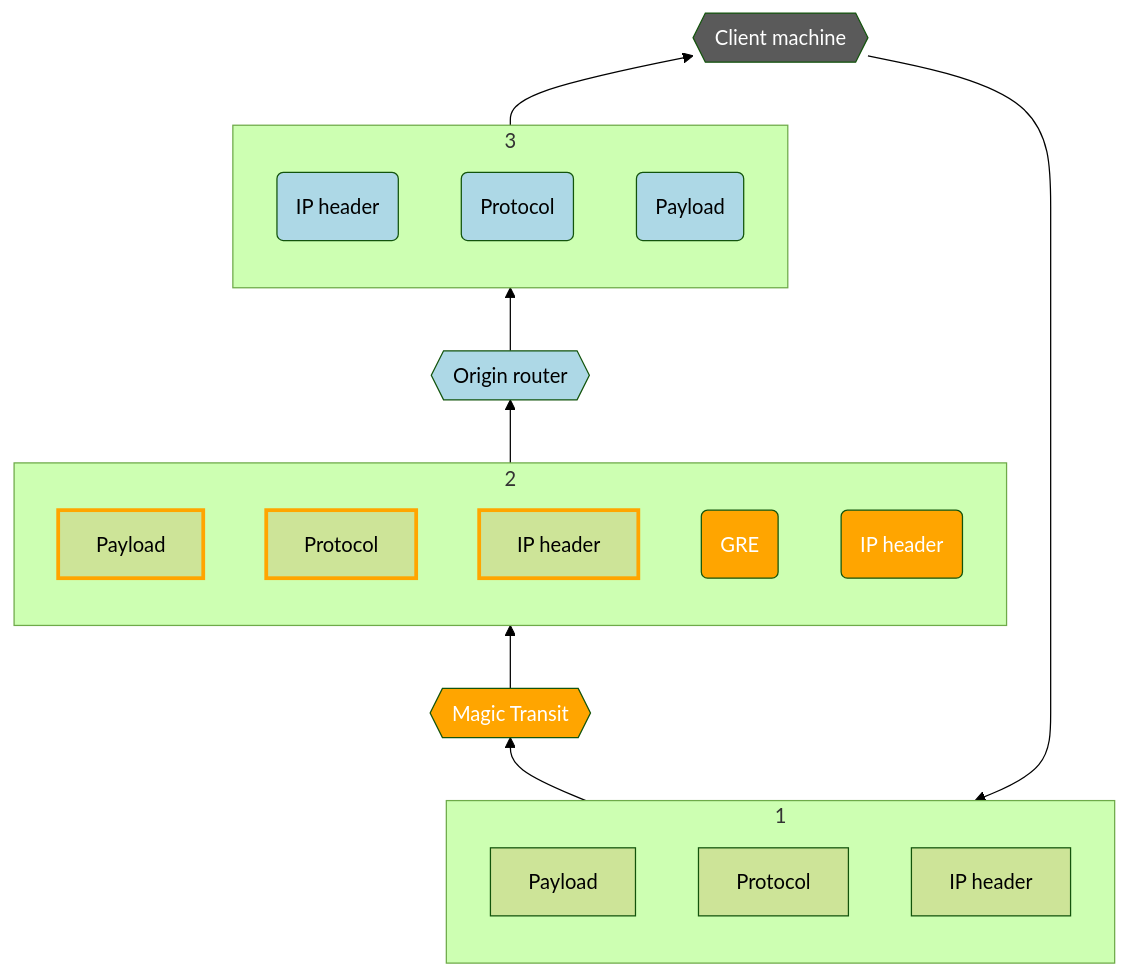
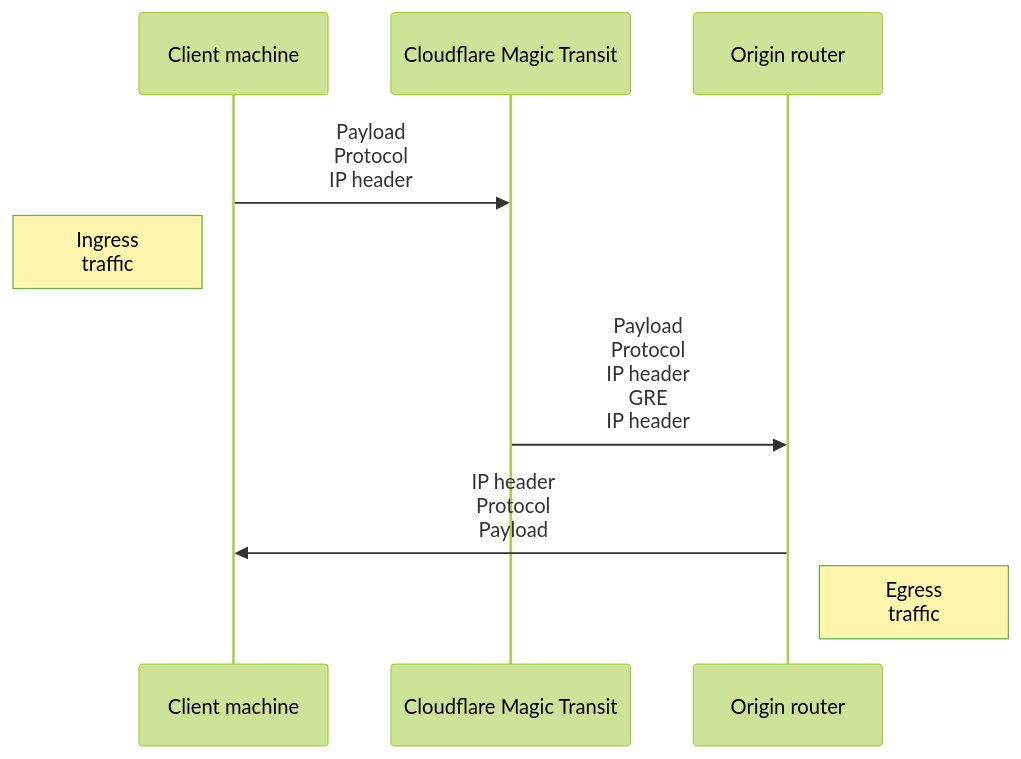
Before and after one commit to cloudflare/cloudflare-docs: the diagram in content/magic-transit/reference/tunnels-and-encapsulation.md, drawn with Mermaid (forest theme).

Commit message:
updated chart

````diff
--- a/content/magic-transit/reference/tunnels-and-encapsulation.md
+++ b/content/magic-transit/reference/tunnels-and-encapsulation.md
@@ -12,30 +12,13 @@
 ```mermaid
-flowchart BT
+sequenceDiagram
 accTitle: Tunnels and encapsulation
 accDescr: This diagram shows the flow of traffic with Magic Transit.
-
-subgraph 1
-c[Payload] & d[Protocol] & e[IP header]
-end
-
-subgraph 2
-g[Payload] & h[Protocol] & i[IP header] & j(GRE) & k(IP header)
-end
-
-subgraph 3
-n(IP header) & o(Protocol) & p(Payload)
-end
-
-b{{Client machine}} --> 1 --> f{{Magic Transit}}
-f{{Magic Transit}} --> 2 --> l{{Origin router}}
-l{{Origin router}} --> 3 --> b{{Client machine}}
-
-classDef darkgray fill:#5A5A5A,color:white
-classDef orange fill:orange,color:white
-classDef blue fill:#ADD8E6
-classDef grayorange stroke:orange,stroke-width:3px
-class b darkgray
-class f,j,k orange
-class l,n,o,p blue
-class g,h,i grayorange
+participant A as Client machine
+participant B as Cloudflare Magic Transit
+participant C as Origin router
+A->>B: Payload <br> Protocol <br> IP header
+Note left of A: Ingress <br> traffic
+B->>C: Payload <br> Protocol <br> IP header <br> GRE <br> IP header
+C->>A: IP header <br> Protocol <br> Payload
+Note right of C: Egress <br> traffic
 ```
````
